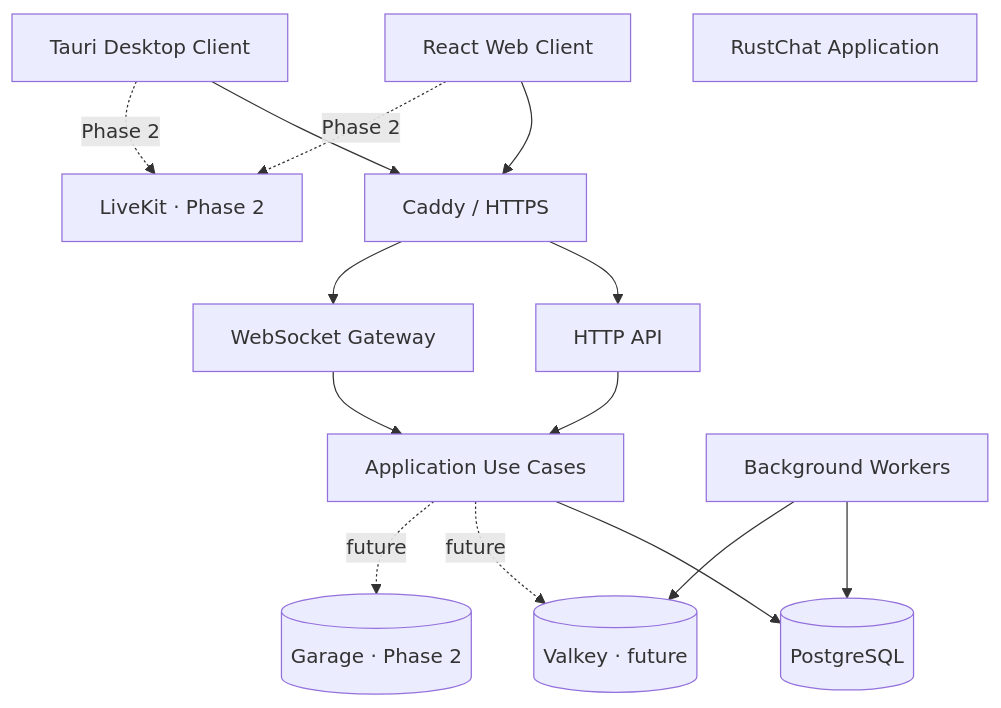
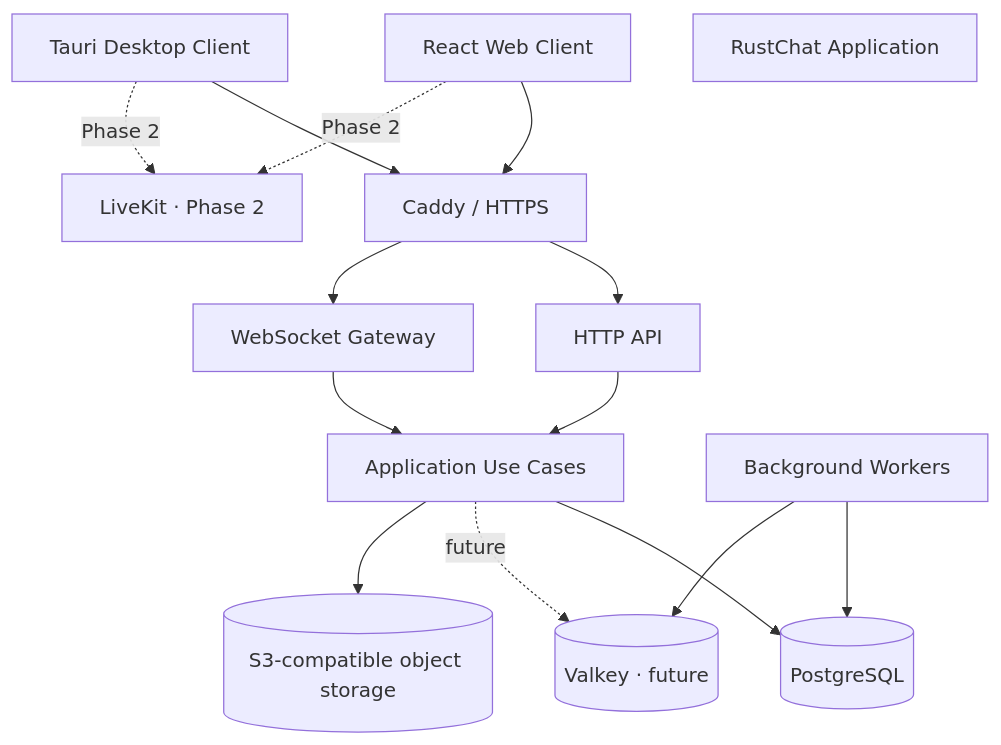
One commit to SimonZarni/RustChat changed the diagram in docs/ARCHITECTURE.md. Above: the diagram before and after it, drawn with Mermaid. The commit also changed other lines of this file and 41 other files, not shown here.

````diff
--- a/docs/ARCHITECTURE.md
+++ b/docs/ARCHITECTURE.md
@@ -21,29 +21,29 @@
 ```mermaid
 flowchart TB
     WEB[React Web Client]
     DESKTOP[Tauri Desktop Client]
     PROXY[Caddy / HTTPS]
     API[RustChat Application]
     HTTP[HTTP API]
     WS[WebSocket Gateway]
     APP[Application Use Cases]
     WORKER[Background Workers]
     DB[(PostgreSQL)]
     CACHE[(Valkey · future)]
-    STORE[(Garage · Phase 2)]
+    STORE[(S3-compatible object storage)]
     MEDIA[LiveKit · Phase 2]
 
     WEB --> PROXY
     DESKTOP --> PROXY
     PROXY --> HTTP
     PROXY --> WS
     HTTP --> APP
     WS --> APP
     APP --> DB
     APP -. future .-> CACHE
-    APP -. future .-> STORE
+    APP --> STORE
     WORKER --> DB
     WORKER --> CACHE
     WEB -. Phase 2 .-> MEDIA
     DESKTOP -. Phase 2 .-> MEDIA
 ```
````
